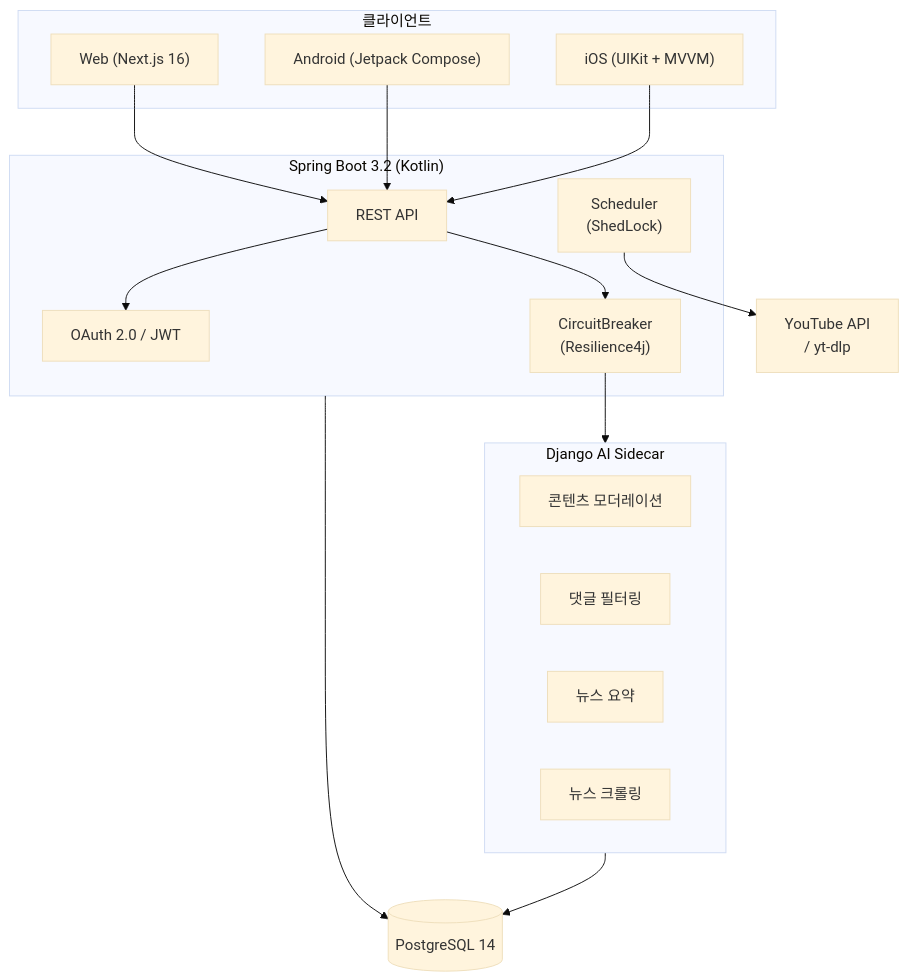
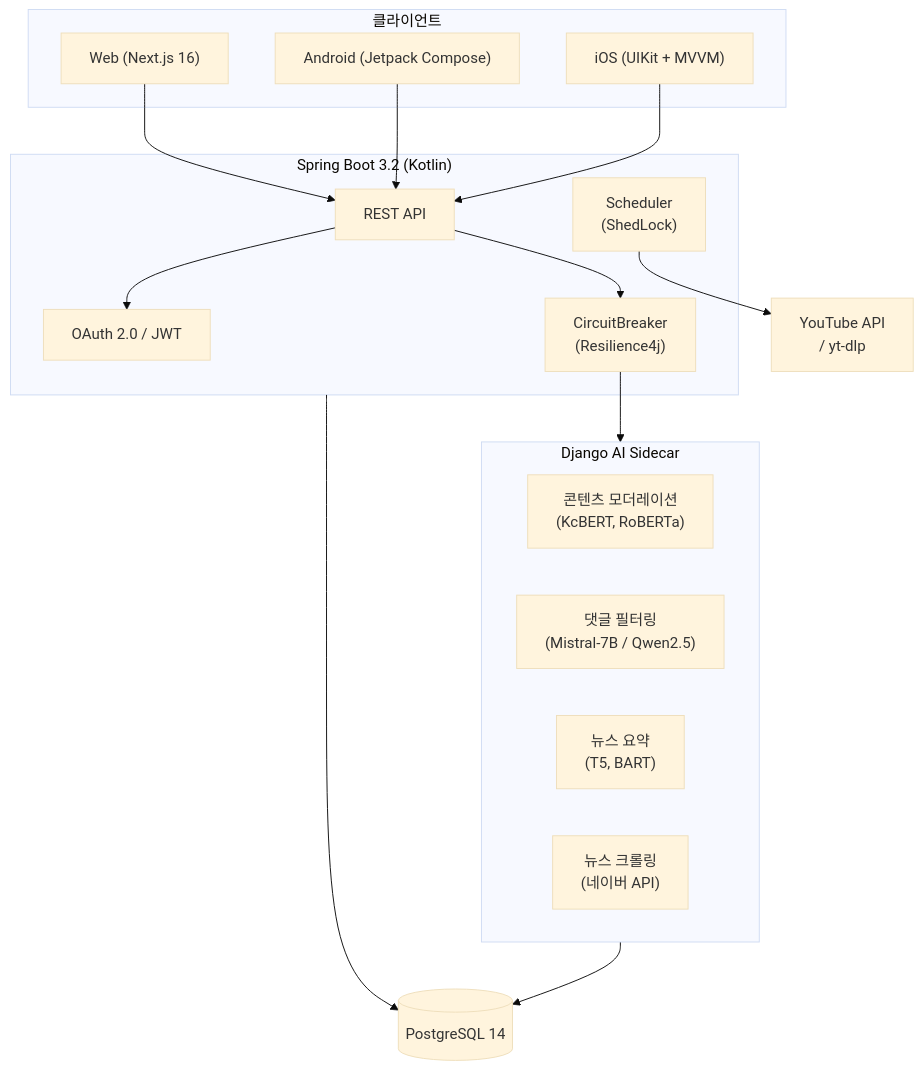
The first of 5 diagrams in readme.md (jskjw157/FanPulse), drawn with Mermaid (base theme) before and after one commit. The commit also changed other lines of this file and 11 other files, not shown here.

````diff
--- a/readme.md
+++ b/readme.md
@@ -26,35 +26,35 @@
 ```mermaid
 graph TB
     subgraph Client["클라이언트"]
         WEB["Web (Next.js 16)"]
         AOS["Android (Jetpack Compose)"]
         IOS["iOS (UIKit + MVVM)"]
     end
 
     subgraph Backend["Spring Boot 3.2 (Kotlin)"]
         API["REST API"]
         AUTH["OAuth 2.0 / JWT"]
         CB["CircuitBreaker<br/>(Resilience4j)"]
         SCHED["Scheduler<br/>(ShedLock)"]
     end
 
     subgraph AI["Django AI Sidecar"]
-        MOD["콘텐츠 모더레이션"]
-        FILTER["댓글 필터링"]
-        SUMMARY["뉴스 요약"]
-        CRAWL["뉴스 크롤링"]
+        MOD["콘텐츠 모더레이션<br/>(KcBERT, RoBERTa)"]
+        FILTER["댓글 필터링<br/>(Mistral-7B / Qwen2.5)"]
+        SUMMARY["뉴스 요약<br/>(T5, BART)"]
+        CRAWL["뉴스 크롤링<br/>(네이버 API)"]
     end
 
     DB[(PostgreSQL 14)]
     YT["YouTube API<br/>/ yt-dlp"]
 
     WEB --> API
     AOS --> API
     IOS --> API
     API --> AUTH
     API --> CB
     CB --> AI
     SCHED --> YT
     Backend --> DB
     AI --> DB
 ```
````
